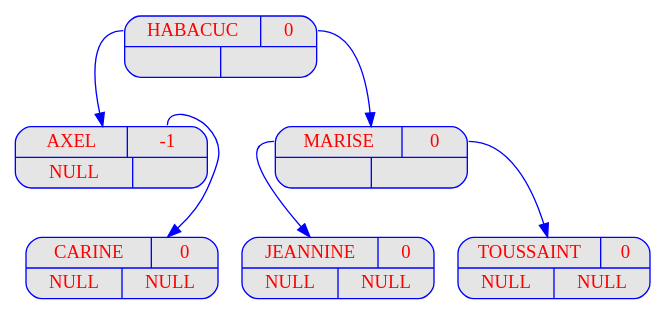
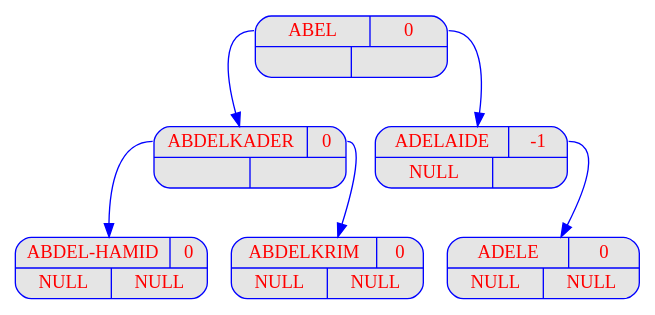
Before and after one commit to FilRougeAAP/Fil_Rouge: the diagram in Programme_1/output_Prog1/dot/displayAVL_v05.dot, drawn with Graphviz. The commit also changed 45 other files, not shown here.

```diff
--- a/Programme_1/output_Prog1/dot/displayAVL_v05.dot
+++ b/Programme_1/output_Prog1/dot/displayAVL_v05.dot
@@ -1,32 +1,32 @@
 digraph displayAVL {
 	node [
 		fontname  = "Arial bold" 
 		fontsize  = "14"
 		fontcolor = "red"
 		style     = "rounded, filled"
 		shape     = "record"
 		fillcolor = "grey90"
 		color     = "blue"
 		width     = "2"
 	]
 
 	edge [
 		color     = "blue"
 	]
 
-	"HABACUC" [label = "{{<g> HABACUC | <d> 0 } | { <g> | <d>}}"];
-	"HABACUC":g -> "AXEL";
-	"AXEL" [label = "{{<g> AXEL | <d> -1 } | { <g> | <d>}}"];
-	"AXEL" [label = "{{<g> AXEL | <d> -1 }| { <g> NULL | <d> }}"];
-	"AXEL":d -> "CARINE";
-	"CARINE" [label = "{{<g> CARINE | <d> 0 } | { <g> | <d>}}"];
-	"CARINE" [label = "{{<g> CARINE | <d> 0 }| { <g> NULL | <d> NULL}}"];
-	"HABACUC":d -> "MARISE";
-	"MARISE" [label = "{{<g> MARISE | <d> 0 } | { <g> | <d>}}"];
-	"MARISE":g -> "JEANNINE";
-	"JEANNINE" [label = "{{<g> JEANNINE | <d> 0 } | { <g> | <d>}}"];
-	"JEANNINE" [label = "{{<g> JEANNINE | <d> 0 }| { <g> NULL | <d> NULL}}"];
-	"MARISE":d -> "TOUSSAINT";
-	"TOUSSAINT" [label = "{{<g> TOUSSAINT | <d> 0 } | { <g> | <d>}}"];
-	"TOUSSAINT" [label = "{{<g> TOUSSAINT | <d> 0 }| { <g> NULL | <d> NULL}}"];
+	"ABEL" [label = "{{<g> ABEL | <d> 0 } | { <g> | <d>}}"];
+	"ABEL":g -> "ABDELKADER";
+	"ABDELKADER" [label = "{{<g> ABDELKADER | <d> 0 } | { <g> | <d>}}"];
+	"ABDELKADER":g -> "ABDEL-HAMID";
+	"ABDEL-HAMID" [label = "{{<g> ABDEL-HAMID | <d> 0 } | { <g> | <d>}}"];
+	"ABDEL-HAMID" [label = "{{<g> ABDEL-HAMID | <d> 0 }| { <g> NULL | <d> NULL}}"];
+	"ABDELKADER":d -> "ABDELKRIM";
+	"ABDELKRIM" [label = "{{<g> ABDELKRIM | <d> 0 } | { <g> | <d>}}"];
+	"ABDELKRIM" [label = "{{<g> ABDELKRIM | <d> 0 }| { <g> NULL | <d> NULL}}"];
+	"ABEL":d -> "ADELAIDE";
+	"ADELAIDE" [label = "{{<g> ADELAIDE | <d> -1 } | { <g> | <d>}}"];
+	"ADELAIDE" [label = "{{<g> ADELAIDE | <d> -1 }| { <g> NULL | <d> }}"];
+	"ADELAIDE":d -> "ADELE";
+	"ADELE" [label = "{{<g> ADELE | <d> 0 } | { <g> | <d>}}"];
+	"ADELE" [label = "{{<g> ADELE | <d> 0 }| { <g> NULL | <d> NULL}}"];
 }
```
